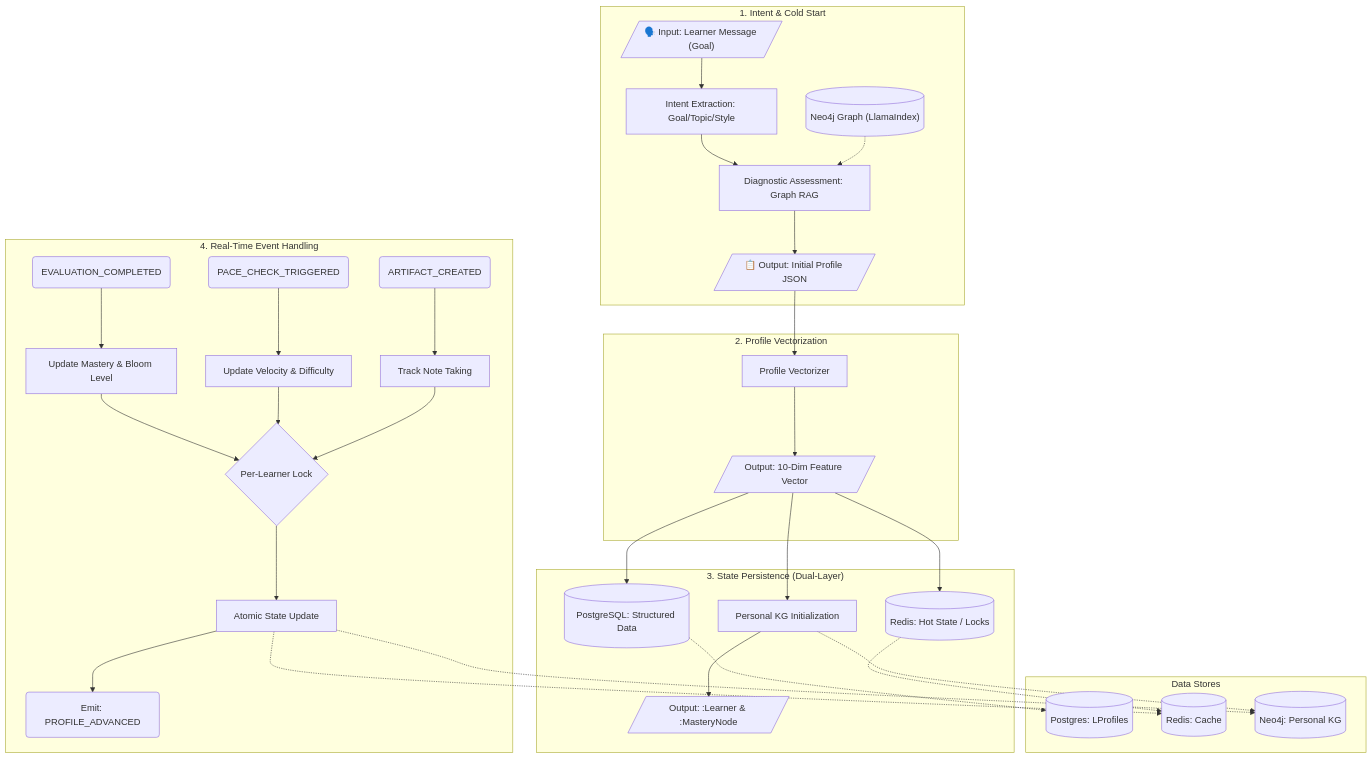
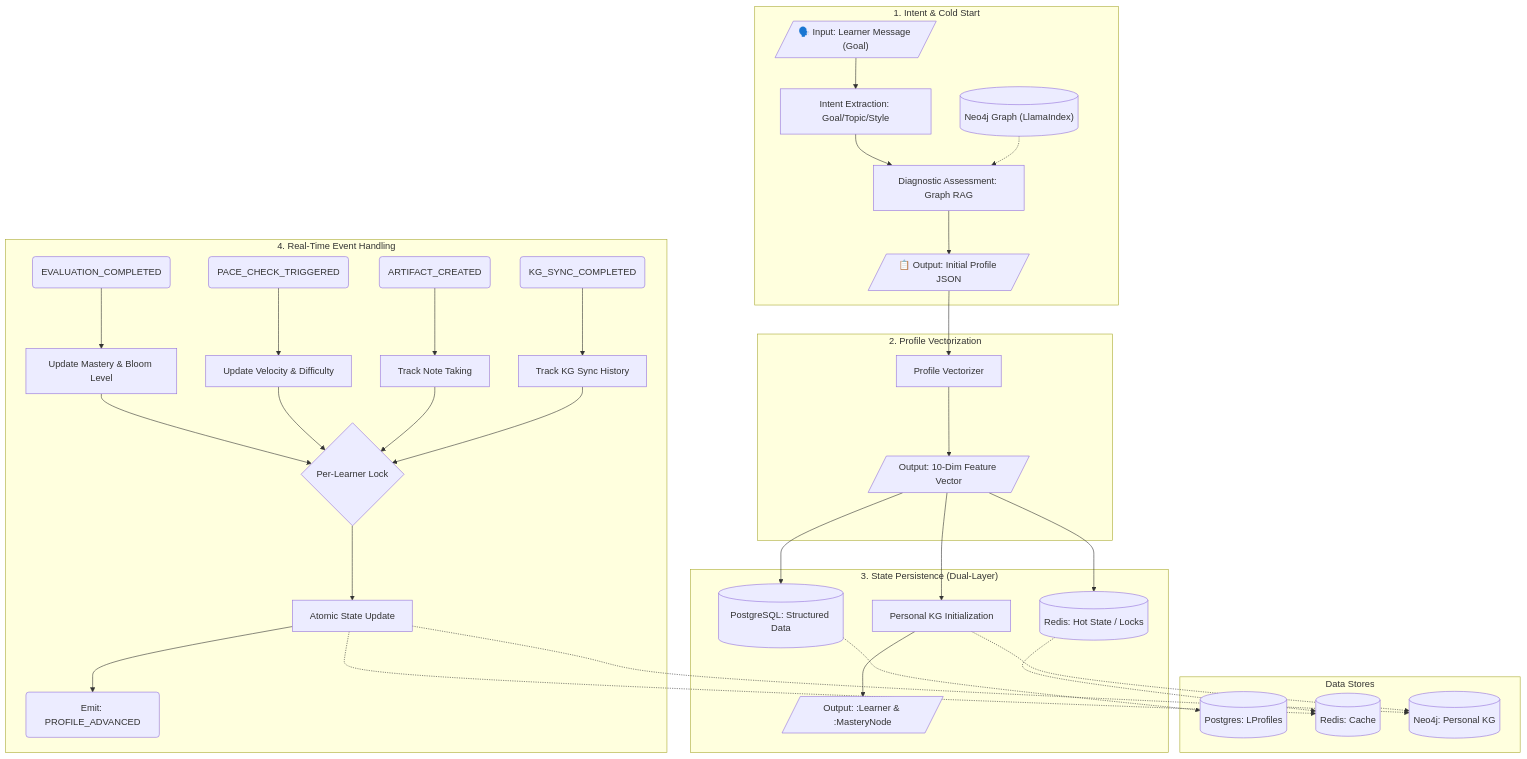
Before and after one commit to MinhAn15/Agentic-Personalized-LearningPath: the diagram in docs/AGENT_2_PROFILER.md, drawn with Mermaid. The commit also changed 7 other files, not shown here.

````diff
--- a/docs/AGENT_2_PROFILER.md
+++ b/docs/AGENT_2_PROFILER.md
@@ -12,48 +12,50 @@
 ```mermaid
 graph TD
     subgraph "1. Intent & Cold Start"
         IN1[/"🗣️ Input: Learner Message (Goal)"/]
         G_STORE[("Neo4j Graph (LlamaIndex)")]
         IN1 --> INTENT[Intent Extraction: Goal/Topic/Style]
         INTENT --> DIAG[Diagnostic Assessment: Graph RAG]
         G_STORE -.-> DIAG
         DIAG --> OUT1[/"📋 Output: Initial Profile JSON"/]
     end
 
     subgraph "2. Profile Vectorization"
         OUT1 --> VECTOR[Profile Vectorizer]
         VECTOR --> VEC_OUT[/"Output: 10-Dim Feature Vector"/]
     end
 
     subgraph "3. State Persistence (Dual-Layer)"
         VEC_OUT --> POSTGRES[(PostgreSQL: Structured Data)]
         VEC_OUT --> REDIS[(Redis: Hot State / Locks)]
         VEC_OUT --> NEO4J_INIT[Personal KG Initialization]
         NEO4J_INIT --> NEO_OUT[/"Output: :Learner & :MasteryNode"/]
     end
 
     subgraph "4. Real-Time Event Handling"
         EVENT1(EVALUATION_COMPLETED) --> H_EVAL[Update Mastery & Bloom Level]
         EVENT2(PACE_CHECK_TRIGGERED) --> H_PACE[Update Velocity & Difficulty]
         EVENT3(ARTIFACT_CREATED) --> H_ART[Track Note Taking]
+        EVENT4(KG_SYNC_COMPLETED) --> H_KG[Track KG Sync History]
         
         H_EVAL --> LOCK{Per-Learner Lock}
         H_PACE --> LOCK
         H_ART --> LOCK
+        H_KG --> LOCK
         
         LOCK --> STATE_UPD[Atomic State Update]
         STATE_UPD --> PUB(Emit: PROFILE_ADVANCED)
     end
     
     subgraph "Data Stores"
         PG[(Postgres: LProfiles)]
         RD[(Redis: Cache)]
         N4J[(Neo4j: Personal KG)]
     end
 
     POSTGRES -.-> PG
     REDIS -.-> RD
     NEO4J_INIT -.-> N4J
     STATE_UPD -.-> RD
     STATE_UPD -.-> N4J
 ```
````
